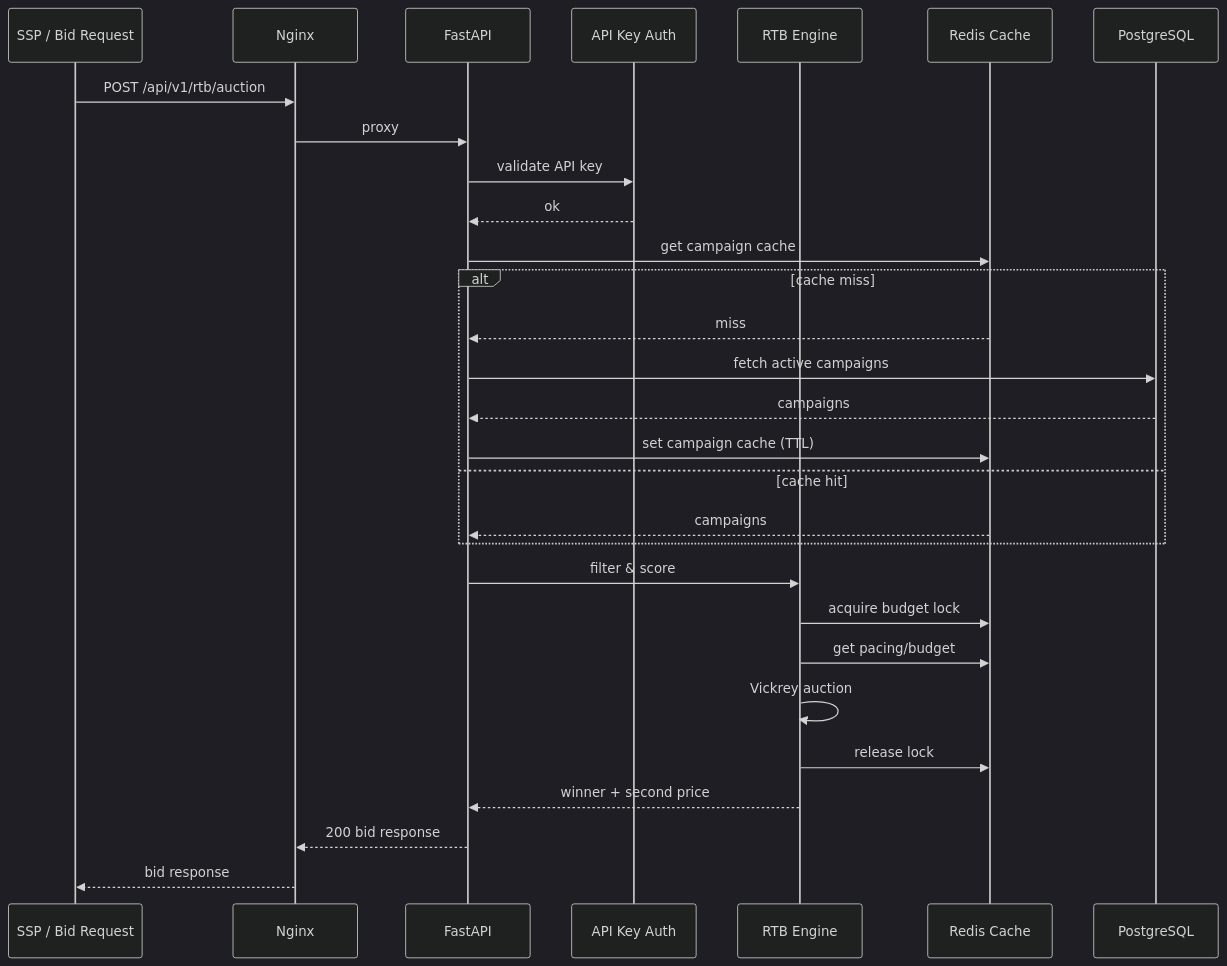
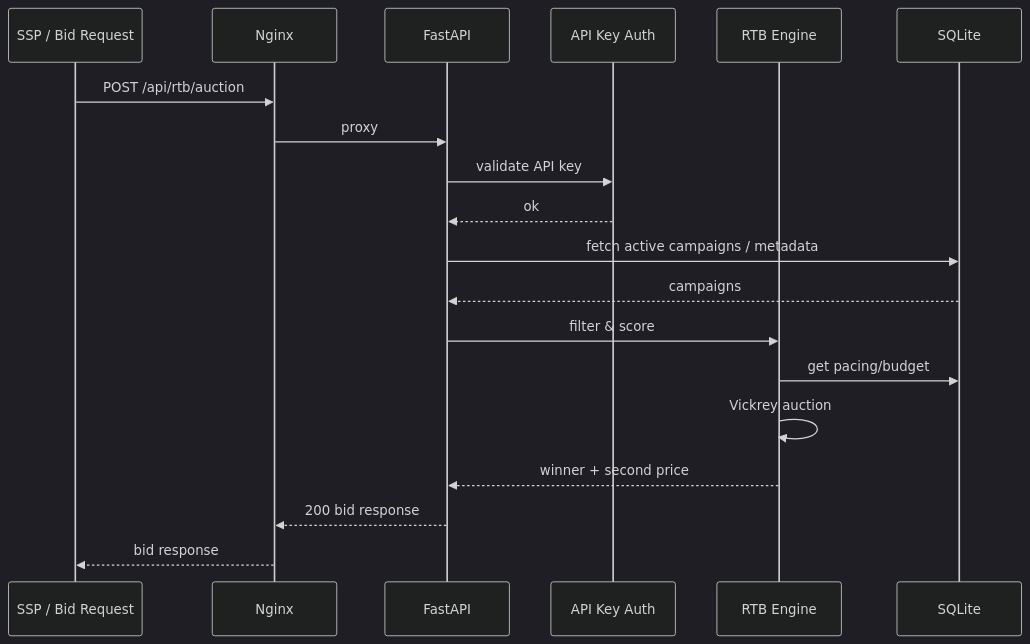
Before and after one commit to hutao-7777/ADPULSE: the third of 8 diagrams in docs/architecture.md, drawn with Mermaid (dark theme). The commit also changed other lines of this file and 68 other files, not shown here.

````diff
--- a/docs/architecture.md
+++ b/docs/architecture.md
@@ -156,32 +152,22 @@
 ```mermaid
 sequenceDiagram
     participant SSP as SSP / Bid Request
     participant NG as Nginx
     participant API as FastAPI
     participant Auth as API Key Auth
     participant RTB as RTB Engine
-    participant Redis as Redis Cache
-    participant PG as PostgreSQL
+    participant DB as SQLite
 
-    SSP->>NG: POST /api/v1/rtb/auction
+    SSP->>NG: POST /api/rtb/auction
     NG->>API: proxy
     API->>Auth: validate API key
     Auth-->>API: ok
-    API->>Redis: get campaign cache
-    alt cache miss
-        Redis-->>API: miss
-        API->>PG: fetch active campaigns
-        PG-->>API: campaigns
-        API->>Redis: set campaign cache (TTL)
-    else cache hit
-        Redis-->>API: campaigns
-    end
+    API->>DB: fetch active campaigns / metadata
+    DB-->>API: campaigns
     API->>RTB: filter & score
-    RTB->>Redis: acquire budget lock
-    RTB->>Redis: get pacing/budget
+    RTB->>DB: get pacing/budget
     RTB->>RTB: Vickrey auction
-    RTB->>Redis: release lock
     RTB-->>API: winner + second price
     API-->>NG: 200 bid response
     NG-->>SSP: bid response
 ```
````
